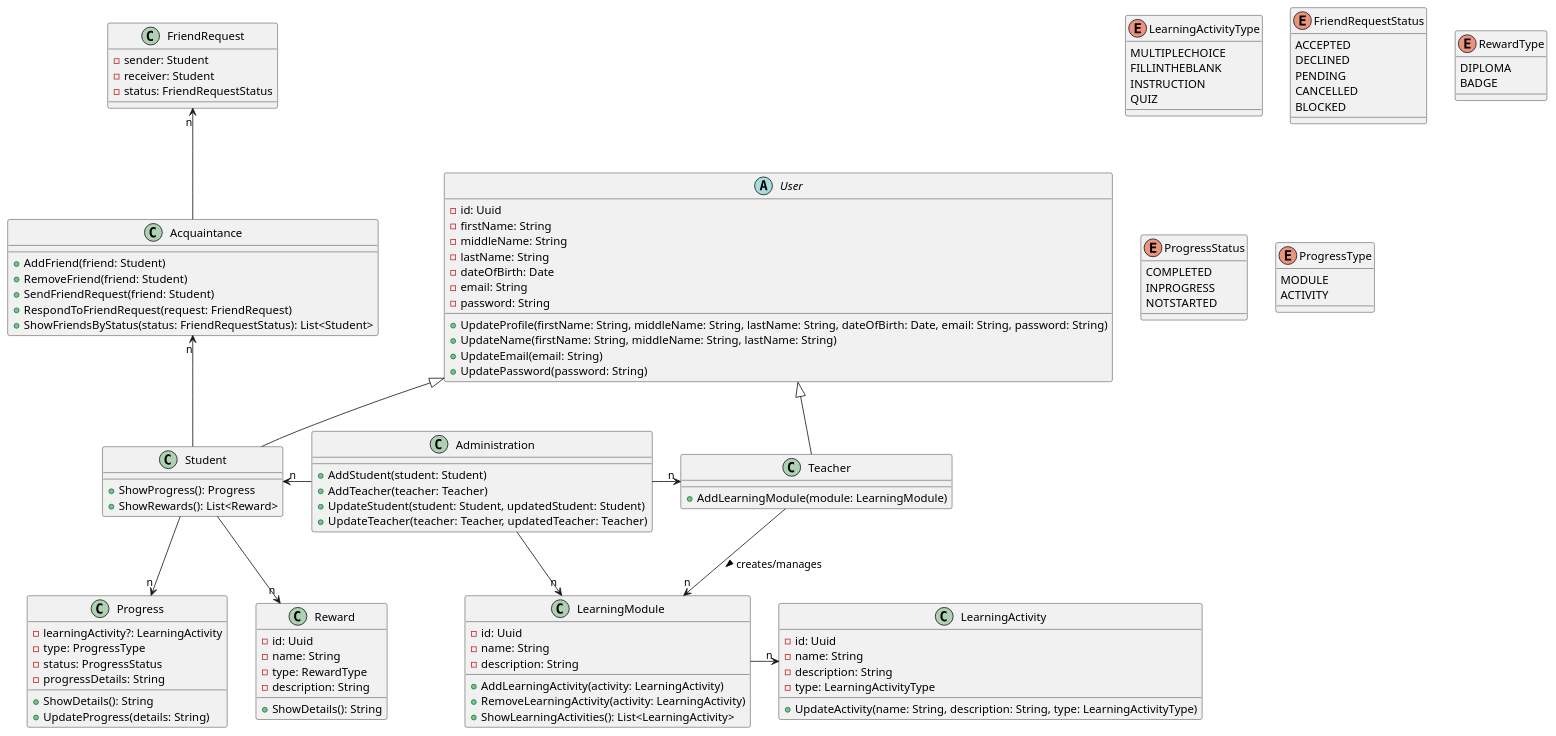
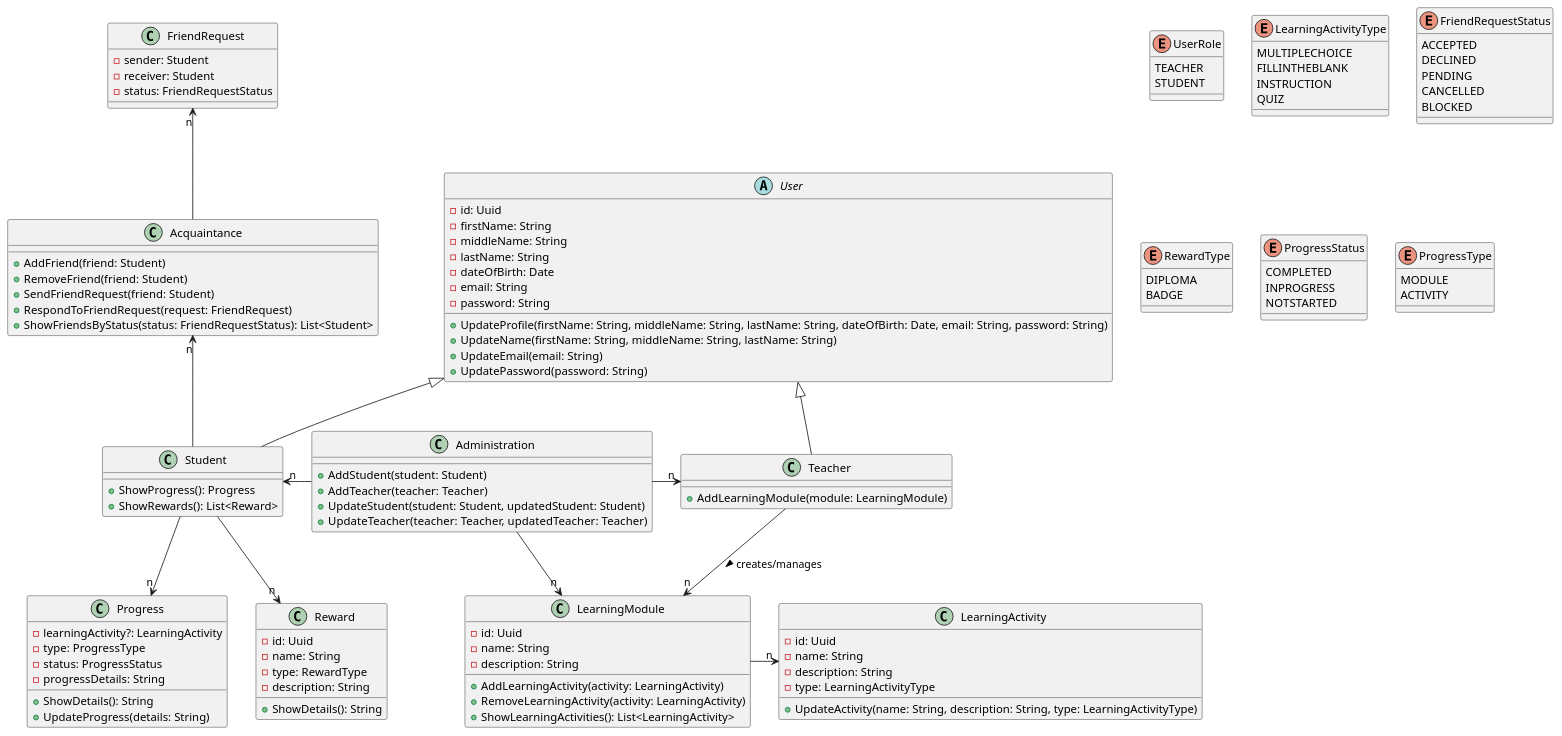
Before and after one commit to janvanhest/ap2-cmk: the diagram in doc/classdiagram.puml, drawn with PlantUML.

Commit message:
added enum role for user. User can be a teacher or student

```diff
--- a/doc/classdiagram.puml
+++ b/doc/classdiagram.puml
@@ -1,128 +1,133 @@
 @startuml
+
+enum UserRole {
+    TEACHER
+    STUDENT
+}
 
 enum LearningActivityType {
     MULTIPLECHOICE
     FILLINTHEBLANK
     INSTRUCTION
     QUIZ
 }
 
 enum FriendRequestStatus {
     ACCEPTED
     DECLINED
     PENDING
     CANCELLED
     BLOCKED
 }
 
 enum RewardType {
     DIPLOMA
     BADGE
 }
 
 enum ProgressStatus {
     COMPLETED
     INPROGRESS
     NOTSTARTED
 }
 
 enum ProgressType {
     MODULE
     ACTIVITY
 }
 
 ' Base class for common user attributes
 abstract class User {
     -id: Uuid
     -firstName: String
     -middleName: String
     -lastName: String
     -dateOfBirth: Date
     -email: String
     -password: String
     +UpdateProfile(firstName: String, middleName: String, lastName: String, dateOfBirth: Date, email: String, password: String)
     +UpdateName(firstName: String, middleName: String, lastName: String)
     +UpdateEmail(email: String)
     +UpdatePassword(password: String)
 }
 
 class Administration {
     +AddStudent(student: Student)
     +AddTeacher(teacher: Teacher)
     +UpdateStudent(student: Student, updatedStudent: Student)
     +UpdateTeacher(teacher: Teacher, updatedTeacher: Teacher)
 }
 
 class Teacher extends User {
     +AddLearningModule(module: LearningModule)
 }
 
 class Student extends User {
     +ShowProgress(): Progress
     +ShowRewards(): List<Reward>
 }
 
 class LearningModule {
     -id: Uuid
     -name: String
     -description: String
     +AddLearningActivity(activity: LearningActivity)
     +RemoveLearningActivity(activity: LearningActivity)
     +ShowLearningActivities(): List<LearningActivity>
 }
 
 
 class LearningActivity {
     -id: Uuid
     -name: String
     -description: String
     -type: LearningActivityType
     +UpdateActivity(name: String, description: String, type: LearningActivityType)
 }
 
 
 
 class Progress {
     -learningActivity?: LearningActivity
     -type: ProgressType
     -status: ProgressStatus
     -progressDetails: String
     +ShowDetails(): String
     +UpdateProgress(details: String)
 }
 
 class Reward {
     -id: Uuid
     -name: String
     -type: RewardType
     -description: String
     +ShowDetails(): String
 }
 
 class Acquaintance {
     +AddFriend(friend: Student)
     +RemoveFriend(friend: Student)
     +SendFriendRequest(friend: Student)
     +RespondToFriendRequest(request: FriendRequest)
     +ShowFriendsByStatus(status: FriendRequestStatus): List<Student>
 }
 
 class FriendRequest {
     -sender: Student
     -receiver: Student
     -status: FriendRequestStatus
 }
 
 
 
 Administration -left-> "n" Student
 Administration -right-> "n" Teacher
 Administration -down-> "n" LearningModule
 LearningModule -right-> "n" LearningActivity
 Student -up-> "n" Acquaintance
 Teacher -down-> "n" LearningModule : creates/manages >
 Student -down-> "n" Progress
 Student -down-> "n" Reward
 Acquaintance -up-> "n" FriendRequest
 
 @enduml
```
